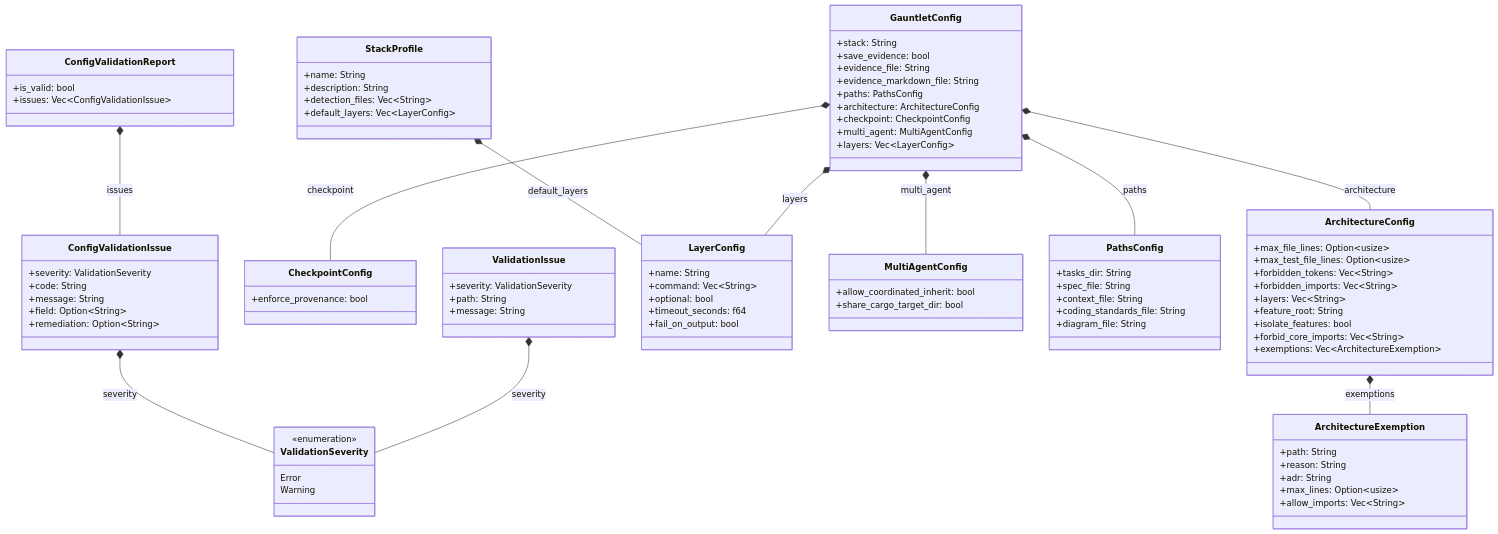
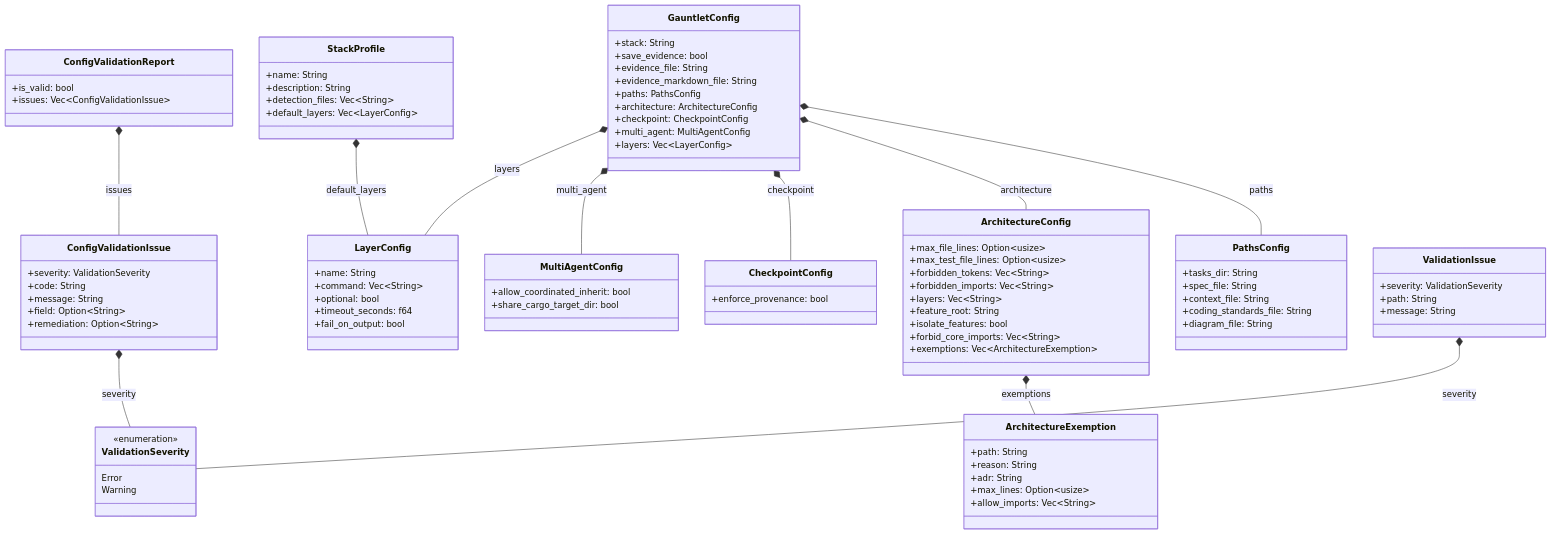
The diagram in docs/architecture/config.md (rolfmadsen/xgauntlet), drawn with Mermaid before and after one commit. The commit also changed other lines of this file and 13 other files, not shown here.

````diff
--- a/docs/architecture/config.md
+++ b/docs/architecture/config.md
@@ -101,14 +101,14 @@
         Warning
     }
 
+    ConfigValidationReport *-- ConfigValidationIssue : issues
+    ArchitectureConfig *-- ArchitectureExemption : exemptions
+    ValidationIssue *-- ValidationSeverity : severity
     ConfigValidationIssue *-- ValidationSeverity : severity
-    ConfigValidationReport *-- ConfigValidationIssue : issues
-    StackProfile *-- LayerConfig : default_layers
-    ArchitectureConfig *-- ArchitectureExemption : exemptions
     GauntletConfig *-- PathsConfig : paths
     GauntletConfig *-- ArchitectureConfig : architecture
     GauntletConfig *-- CheckpointConfig : checkpoint
     GauntletConfig *-- MultiAgentConfig : multi_agent
     GauntletConfig *-- LayerConfig : layers
-    ValidationIssue *-- ValidationSeverity : severity
+    StackProfile *-- LayerConfig : default_layers
 ```
````
